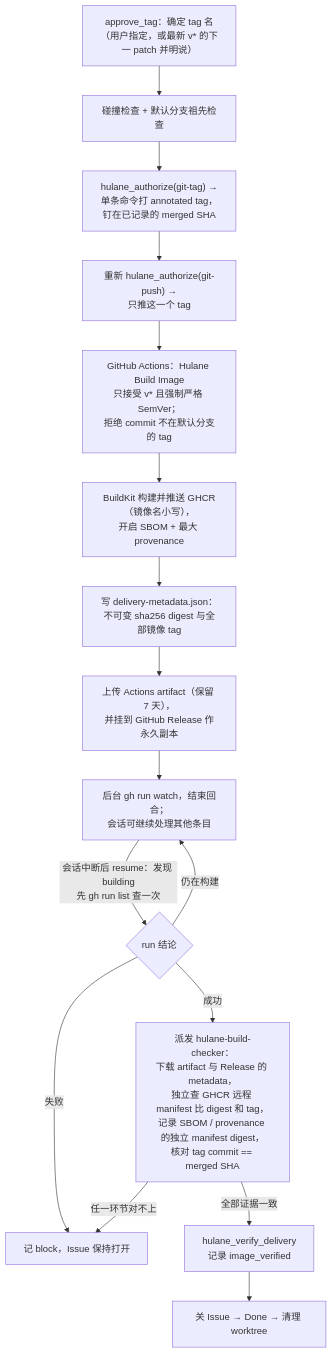
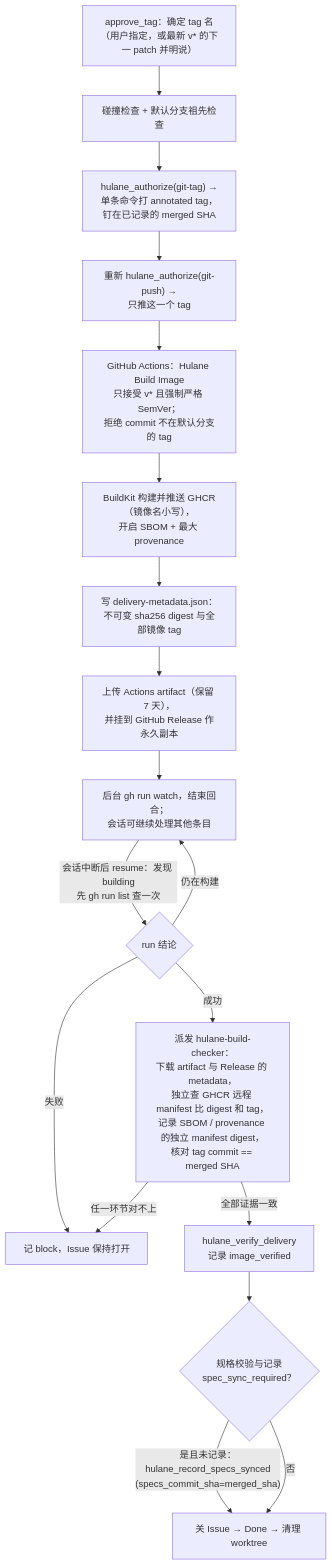
Before and after one commit to hutong236/hutong-zcode-marketplace: the sixth of 10 diagrams in FLOWCHARTS.md, drawn with Mermaid. The commit also changed other lines of this file and 43 other files, not shown here.

First line of the commit message:
feat(hulane): 原生能力规格层，specs_synced 状态机强制（V3.6.0）

````diff
--- a/FLOWCHARTS.md
+++ b/FLOWCHARTS.md
@@ -143,18 +165,20 @@
 ```mermaid
 flowchart TD
   TAGP["approve_tag：确定 tag 名<br>（用户指定，或最新 v* 的下一 patch 并明说）"] --> PRE["碰撞检查 + 默认分支祖先检查"]
   PRE --> T1["hulane_authorize(git-tag) →<br>单条命令打 annotated tag，钉在已记录的 merged SHA"]
   T1 --> T2["重新 hulane_authorize(git-push) →<br>只推这一个 tag"]
   T2 --> CI["GitHub Actions：Hulane Build Image<br>只接受 v* 且强制严格 SemVer；<br>拒绝 commit 不在默认分支的 tag"]
   CI --> BLD["BuildKit 构建并推送 GHCR（镜像名小写），<br>开启 SBOM + 最大 provenance"]
   BLD --> META["写 delivery-metadata.json：<br>不可变 sha256 digest 与全部镜像 tag"]
   META --> ART["上传 Actions artifact（保留 7 天），<br>并挂到 GitHub Release 作永久副本"]
   ART --> BW["后台 gh run watch，结束回合；<br>会话可继续处理其他条目"]
   BW -->|"会话中断后 resume：发现 building<br>先 gh run list 查一次"| Q{"run 结论"}
   Q -->|"仍在构建"| BW
   Q -->|"成功"| BC["派发 hulane-build-checker：<br>下载 artifact 与 Release 的 metadata，<br>独立查 GHCR 远程 manifest 比 digest 和 tag，<br>记录 SBOM / provenance 的独立 manifest digest，<br>核对 tag commit == merged SHA"]
   Q -->|"失败"| FAIL["记 block，Issue 保持打开"]
   BC -->|"全部证据一致"| VD["hulane_verify_delivery<br>记录 image_verified"]
   BC -->|"任一环节对不上"| FAIL
-  VD --> C3["关 Issue → Done → 清理 worktree"]
+  VD --> SPEC{"规格校验与记录<br>spec_sync_required？"}
+  SPEC -->|"是且未记录：hulane_record_specs_synced<br>(specs_commit_sha=merged_sha)"| C3["关 Issue → Done → 清理 worktree"]
+  SPEC -->|"否"| C3
 ```
````
